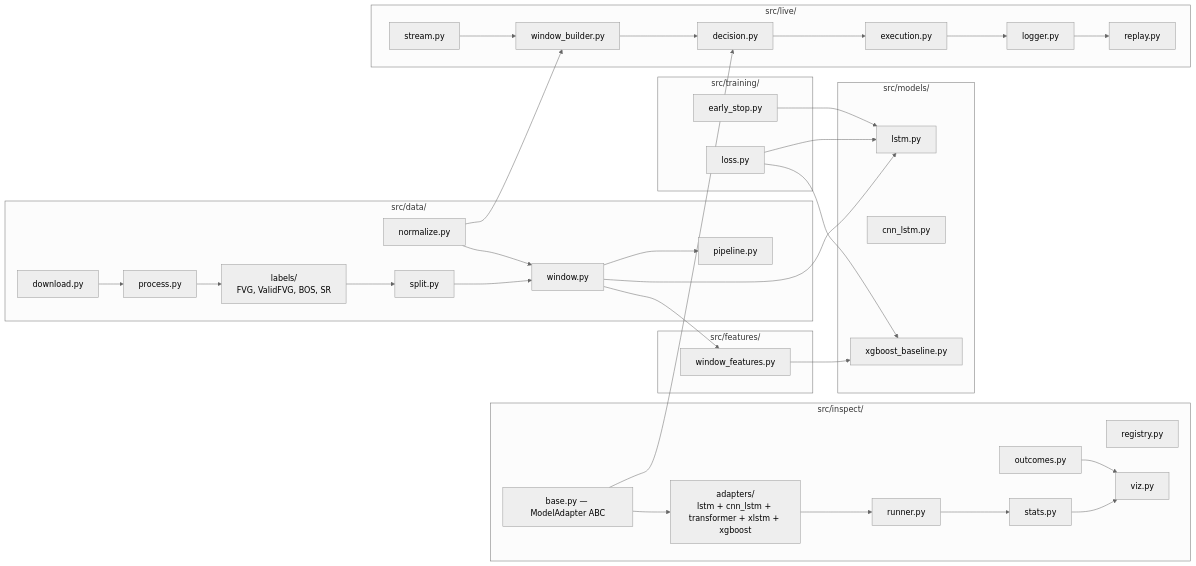
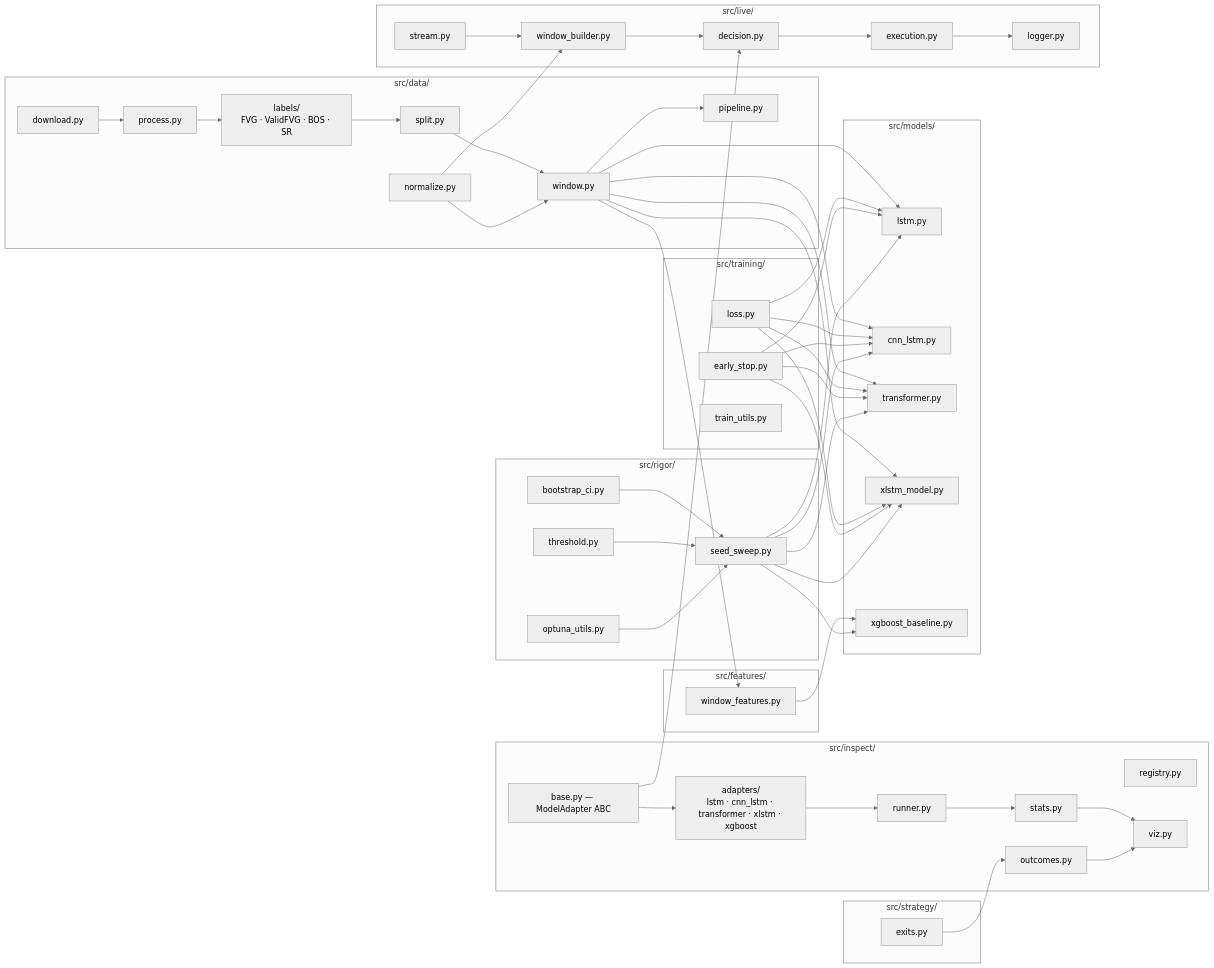
Before and after one commit to nbaburov/fvg-zone-detection: the first of 3 diagrams in docs/architecture.md, drawn with Mermaid (neutral theme). The commit also changed other lines of this file and 11 other files, not shown here.

````diff
--- a/docs/architecture.md
+++ b/docs/architecture.md
@@ -148,63 +198,72 @@
 ```mermaid
 flowchart LR
     subgraph DATA["src/data/"]
         DL[download.py]
         PR[process.py]
-        LB["labels/<br/>FVG, ValidFVG, BOS, SR"]
+        LB["labels/\nFVG · ValidFVG · BOS · SR"]
         SP[split.py]
         WD[window.py]
         NM[normalize.py]
         PL[pipeline.py]
     end
 
     subgraph FEAT["src/features/"]
         WF[window_features.py]
     end
 
     subgraph MOD["src/models/"]
         LS[lstm.py]
         CL[cnn_lstm.py]
+        TF[transformer.py]
+        XL[xlstm_model.py]
         XB[xgboost_baseline.py]
     end
 
     subgraph TR["src/training/"]
         LO[loss.py]
         ES[early_stop.py]
+        TU[train_utils.py]
+    end
+
+    subgraph RIG["src/rigor/"]
+        SS[seed_sweep.py]
+        BC[bootstrap_ci.py]
+        TH[threshold.py]
+        OP[optuna_utils.py]
+    end
+
+    subgraph STR["src/strategy/"]
+        EX[exits.py]
     end
 
     subgraph INS["src/inspect/"]
         BA[base.py — ModelAdapter ABC]
         RG[registry.py]
         RN[runner.py]
         ST[stats.py]
         OC[outcomes.py]
         VZ[viz.py]
-        AD["adapters/<br/>lstm + cnn_lstm + transformer + xlstm + xgboost"]
+        AD["adapters/\nlstm · cnn_lstm · transformer · xlstm · xgboost"]
     end
 
     subgraph LIV["src/live/"]
         SM[stream.py]
         WB[window_builder.py]
         DC[decision.py]
-        EX[execution.py]
+        EXL[execution.py]
         LG[logger.py]
-        RP[replay.py]
     end
 
     DL --> PR --> LB --> SP --> WD --> PL
     NM --> WD
     NM --> WB
-    WD --> WF
-    WF --> XB
-    WD --> LS
-    LO --> LS
-    LO --> XB
-    ES --> LS
-    BA --> AD
-    AD --> RN
-    RN --> ST --> VZ
-    OC --> VZ
+    WD --> WF --> XB
+    WD --> LS & CL & TF & XL
+    LO & ES --> LS & CL & TF & XL
+    SS --> LS & CL & TF & XL & XB
+    BC & TH & OP --> SS
+    BA --> AD --> RN --> ST --> VZ
+    EX --> OC --> VZ
     BA --> DC
-    SM --> WB --> DC --> EX --> LG
-    LG --> RP
+    SM --> WB --> DC --> EXL --> LG
 ```
````
